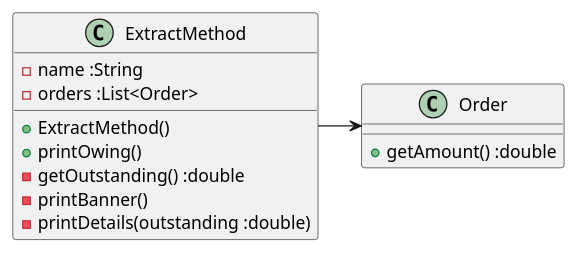
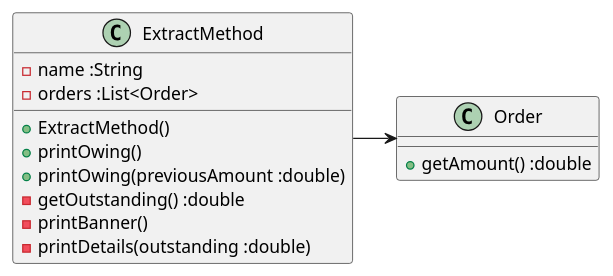
One commit to k2works/etude_for_java changed the first of 2 diagrams in docs/src/refacotring_catalog.md. Above: the diagram before and after it, drawn with PlantUML. The commit also changed 5 other files, not shown here.

````diff
--- a/docs/src/refacotring_catalog.md
+++ b/docs/src/refacotring_catalog.md
@@ -15,17 +15,18 @@
 ```puml
 @startuml
 class ExtractMethod {
   -name :String
   -orders :List<Order>
   +ExtractMethod()
   +printOwing()
+  +printOwing(previousAmount :double)
   -getOutstanding() :double
   -printBanner()  
-  -printDetails(outstanding :double)
+  -printDetails(outstanding :double)  
 }
 class Order {
   + getAmount() :double
 }
 ExtractMethod  -> Order
 @enduml
 ```
````
